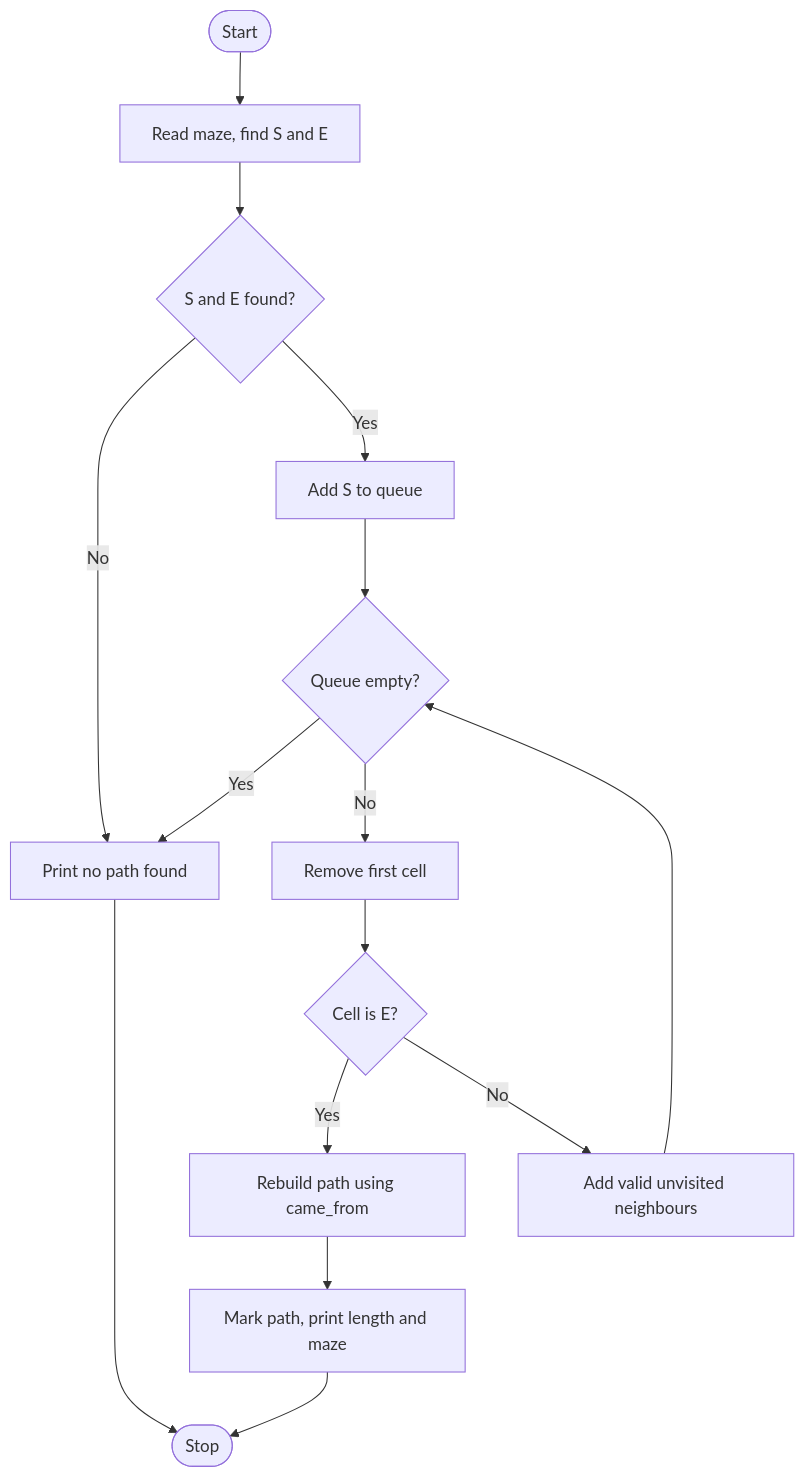
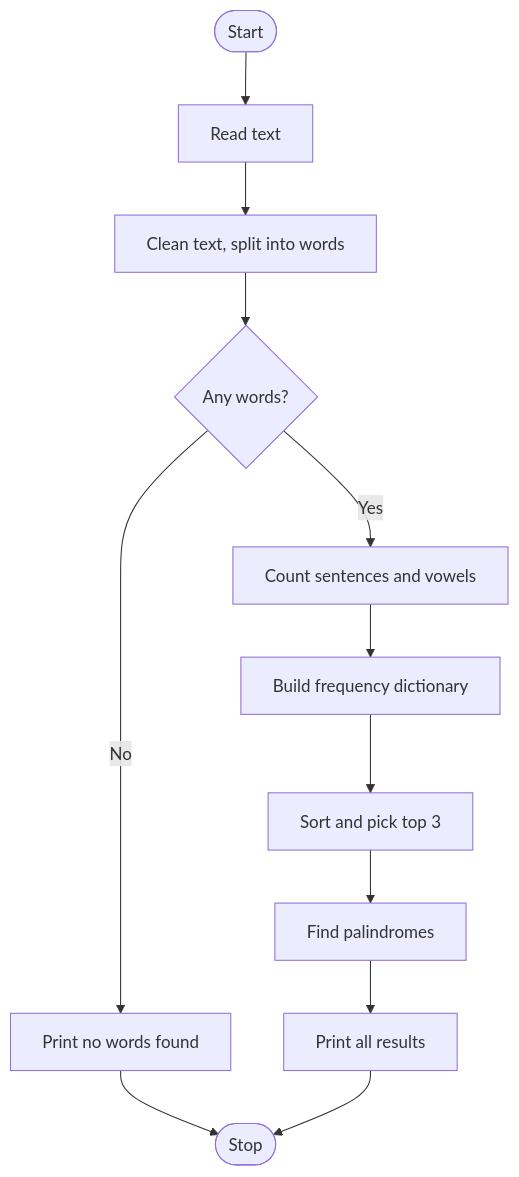
The diagram in README.md (thevisionn/2026_27_cse4-264_python_programming), drawn with Mermaid before and after one commit. The commit also changed other lines of this file, not shown here.

````diff
--- a/README.md
+++ b/README.md
@@ -53,17 +52,14 @@
 ```mermaid
 flowchart TD
-A(["Start"]) --> B["Read maze, find S and E"]
-B --> C{"S and E found?"}
-C -->|No| N["Print no path found"]
-C -->|Yes| D["Add S to queue"]
-D --> E{"Queue empty?"}
-E -->|Yes| N
-E -->|No| F["Remove first cell"]
-F --> G{"Cell is E?"}
-G -->|Yes| H["Rebuild path using came_from"]
-H --> I["Mark path, print length and maze"]
-G -->|No| J["Add valid unvisited neighbours"]
-J --> E
-N --> O(["Stop"])
-I --> O
+A(["Start"]) --> B["Read text"]
+B --> C["Clean text, split into words"]
+C --> D{"Any words?"}
+D -->|No| E["Print no words found"]
+D -->|Yes| F["Count sentences and vowels"]
+F --> G["Build frequency dictionary"]
+G --> H["Sort and pick top 3"]
+H --> I["Find palindromes"]
+I --> J["Print all results"]
+E --> K(["Stop"])
+J --> K
 ```
````
